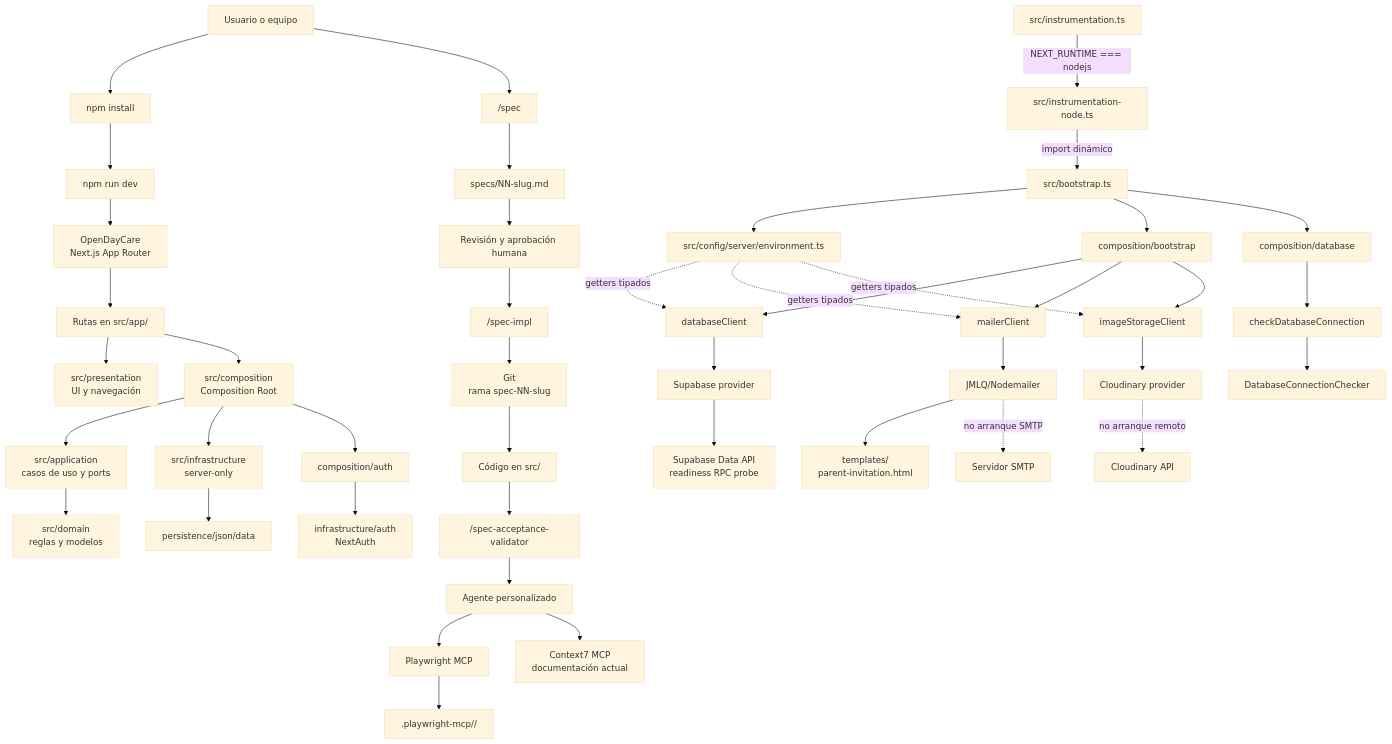
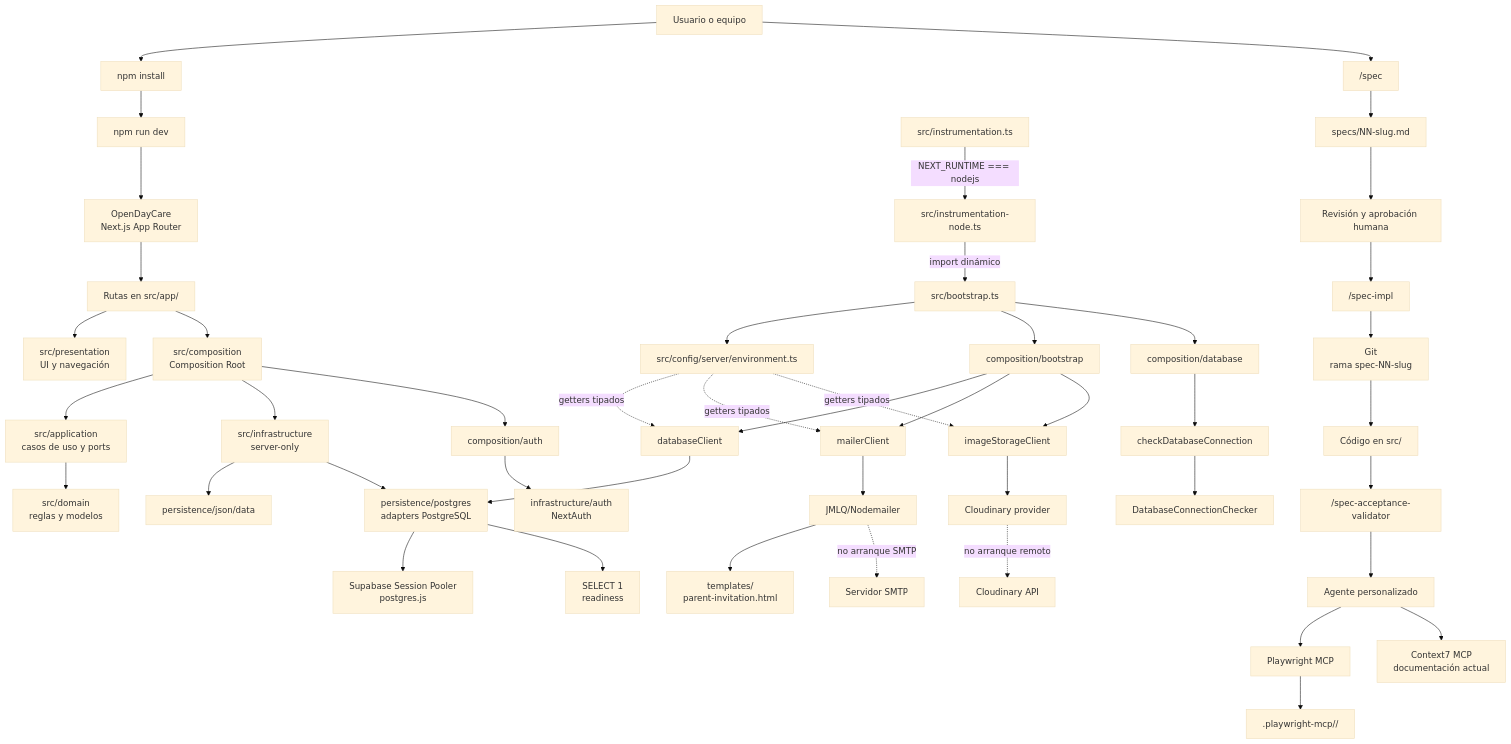
Before and after one commit to MLahuasi/opencode-daycare: the first of 2 diagrams in README.md, drawn with Mermaid (base theme). The commit also changed other lines of this file and 9 other files, not shown here.

Commit message:
Open-Day-Care - spec-29-auth-postgres-persistence - Implemented

````diff
--- a/README.md
+++ b/README.md
@@ -257,49 +284,51 @@
 ```mermaid
 flowchart TD
     U[Usuario o equipo] --> I[npm install]
     I --> R[npm run dev]
     R --> APP["OpenDayCare<br/>Next.js App Router"]
 
     APP --> ROUTES["Rutas en src/app/"]
     ROUTES --> PRESENTATION["src/presentation<br/>UI y navegación"]
     ROUTES --> COMPOSITION["src/composition<br/>Composition Root"]
     COMPOSITION --> APPLICATION["src/application<br/>casos de uso y ports"]
     APPLICATION --> DOMAIN["src/domain<br/>reglas y modelos"]
     COMPOSITION --> INFRA["src/infrastructure<br/>server-only"]
     INFRA --> JSON["persistence/json/data"]
+    INFRA --> POSTGRES["persistence/postgres<br/>adapters PostgreSQL"]
+    POSTGRES --> POOLER["Supabase Session Pooler<br/>postgres.js"]
     COMPOSITION --> AUTH["composition/auth"]
     AUTH --> NEXTAUTH["infrastructure/auth<br/>NextAuth"]
 
     INSTRUMENTATION["src/instrumentation.ts"] -->|NEXT_RUNTIME === nodejs| NODE_INSTRUMENTATION["src/instrumentation-node.ts"]
     NODE_INSTRUMENTATION -->|import dinámico| BOOTSTRAP["src/bootstrap.ts"]
     BOOTSTRAP --> ENV["src/config/server/environment.ts"]
     BOOTSTRAP --> BOOT_COMPOSITION["composition/bootstrap"]
     BOOTSTRAP --> DB_COMPOSITION["composition/database"]
     BOOT_COMPOSITION --> DB["databaseClient"]
     BOOT_COMPOSITION --> MAILER["mailerClient"]
     BOOT_COMPOSITION --> IMAGE["imageStorageClient"]
     DB_COMPOSITION --> CHECK["checkDatabaseConnection"]
     CHECK --> DB_PORT["DatabaseConnectionChecker"]
-    DB --> SUPABASE_PROVIDER["Supabase provider"]
-    SUPABASE_PROVIDER --> SUPABASE["Supabase Data API<br/>readiness RPC probe"]
+    DB --> POSTGRES
+    POSTGRES --> READINESS["SELECT 1<br/>readiness"]
     MAILER --> JMLQ["JMLQ/Nodemailer"]
     JMLQ --> TEMPLATE["templates/<br/>parent-invitation.html"]
     JMLQ -. no arranque SMTP .-> SMTP["Servidor SMTP"]
     IMAGE --> CLOUDINARY["Cloudinary provider"]
     CLOUDINARY -. no arranque remoto .-> CLOUDINARY_API["Cloudinary API"]
     ENV -. getters tipados .-> DB
     ENV -. getters tipados .-> MAILER
     ENV -. getters tipados .-> IMAGE
 
     U --> SPEC["/spec"]
     SPEC --> FILE["specs/NN-slug.md"]
     FILE --> HUMAN["Revisión y aprobación humana"]
     HUMAN --> IMPL["/spec-impl"]
     IMPL --> GIT["Git<br/>rama spec-NN-slug"]
     GIT --> CODE["Código en src/"]
     CODE --> VALIDATE["/spec-acceptance-validator"]
     VALIDATE --> AGENT[Agente personalizado]
     AGENT --> PW[Playwright MCP]
     PW --> ART[".playwright-mcp/<Feature>/"]
     AGENT --> C7["Context7 MCP<br/>documentación actual"]
 ```
````
